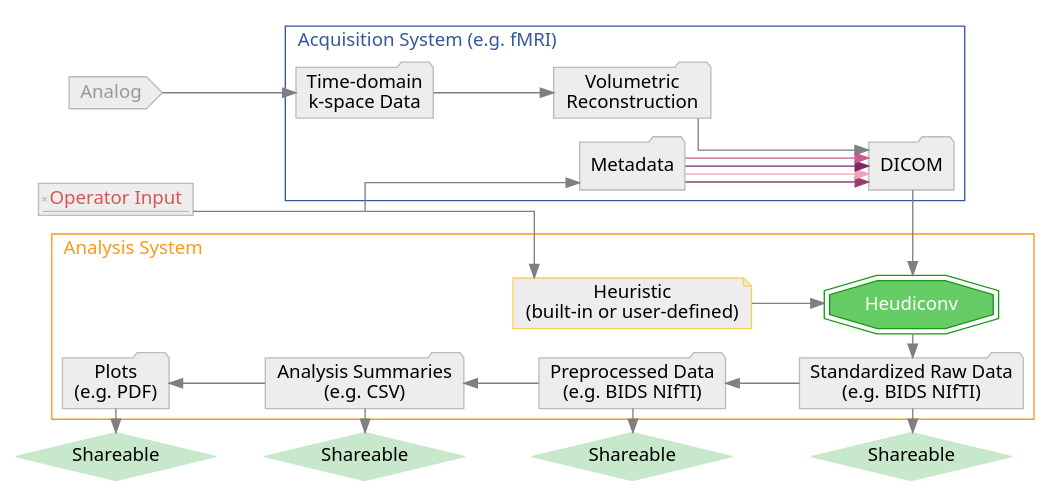
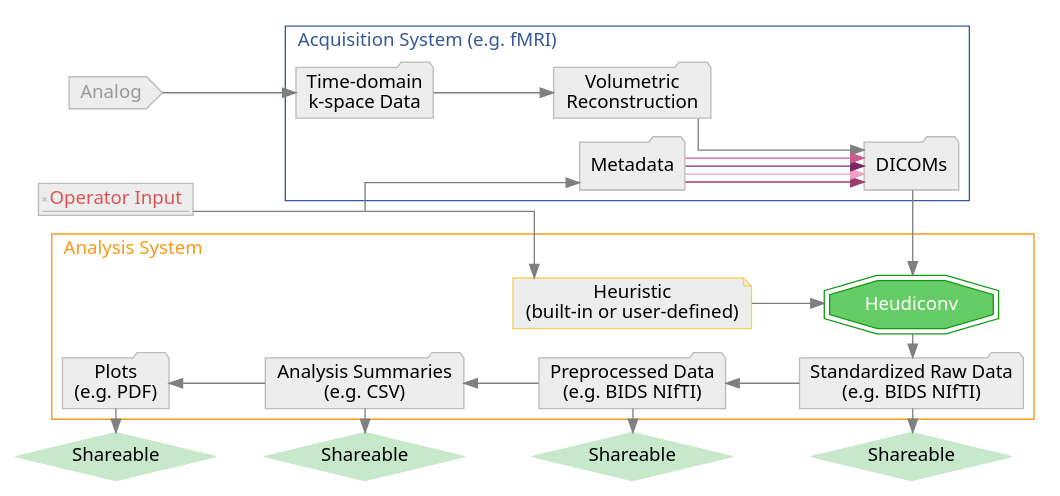
One commit to nipy/heudiconv changed the diagram in data/environment.dot. Above: the diagram before and after it, drawn with Graphviz. The commit also changed 4 other files, not shown here.

Commit message:
New figure style and PNG outputs as per yarik

```diff
--- a/data/environment.dot
+++ b/data/environment.dot
@@ -1,98 +1,98 @@
 digraph graphname {
     newrank = true;
     size="26,10";
     rankdir="LR";
     splines=ortho;
     graph [fontname = "sans"];
     node [fontname = "sans", style=filled];
     edge [fontname = "sans", color=gray50];
     raw_share[
         label="Shareable",
         shape=diamond, color="#C7E8CA", fillcolor="#C7E8CA"
         ];
     pre_share[
         label="Shareable",
         shape=diamond, color="#C7E8CA", fillcolor="#C7E8CA"
         ];
     ana_share[
         label="Shareable",
         shape=diamond, color="#C7E8CA", fillcolor="#C7E8CA"
         ];
     plo_share[
         label="Shareable",
         shape=diamond, color="#C7E8CA", fillcolor="#C7E8CA"
         ];
     a[label="Analog  ", shape=cds, color="#BBBBBB", fillcolor=grey93, fontcolor="#999998"];
     tim[label="Time-domain\nk-space Data", shape=folder, color="#BBBBBB", fillcolor=grey93];
     vol[label="Volumetric\nReconstruction", shape=folder, color="#BBBBBB", fillcolor=grey93];
     dic[
-        label="DICOM",
+        label="DICOMs",
         shape=folder, color="#BBBBBB", fillcolor=grey93
         ];
     heh[
         label="Heuristic\n(built-in or user-defined)",
         shape=note, color="#F7D060", fillcolor=grey93
         ];
     heu[
         label="Heudiconv",
         shape=doubleoctagon, color="#119911", fillcolor="#66CC66", fontcolor="#FFFFFF"
         ];
     raw[
         label="Standardized Raw Data\n(e.g. BIDS NIfTI)",
         shape=folder, color="#BBBBBB", fillcolor=grey93
         ];
     pre[
         label="Preprocessed Data\n(e.g. BIDS NIfTI)",
         shape=folder, color="#BBBBBB", fillcolor=grey93
         ];
     ana[
         label="Analysis Summaries\n(e.g. CSV)",
         shape=folder, color="#BBBBBB", fillcolor=grey93
         ];
     plo[
         label="Plots\n(e.g. PDF)",
         shape=folder, color="#BBBBBB", fillcolor=grey93
         ];
     mai[label="Operator Input", shape=signature, color="#BBBBBB", fillcolor=grey93, fontcolor="#DD5353"];
     met[label="Metadata", shape=folder, color="#BBBBBB", fillcolor=grey93];
     fake[label="", shape=point, style=invis, width=0, height=0];
     mai -> fake:e[arrowhead=none];
     fake:s -> met[tailclip=false];
     fake:w -> heh[tailclip=false];
     a -> tim;
     subgraph cluster1 {
         tim -> vol;
         label = "Acquisition System (e.g. fMRI)";
         labelloc = "t";
         labeljust = "l";
         fontcolor = "#35589A";
         color = "#35589A";
         met -> dic [color="#9D3C72"];
         met -> dic [color="#F0A0BA"];
         met -> dic [color="#7B2869"];
         met -> dic [color="#C85C8E"];
         vol -> dic;
     }
     dic -> heu [constraint=false] ;
     subgraph cluster2 {
         heh -> heu ;
         heu -> raw ;
         raw -> pre ;
         pre -> ana ;
         ana -> plo ;
         label = "Analysis System";
         labelloc = "t";
         labeljust = "l";
         fontcolor = "#FC9918";
         color = "#FC9918";
     }
     raw:s -> raw_share:n[constraint=false];
     pre:s -> pre_share:n[constraint=false];
     ana:s -> ana_share:n[constraint=false];
     plo:s -> plo_share:n[constraint=false];
     {rank=same; plo; plo_share; mai; a}
     {rank=same; met; vol}
     {rank=same; dic; raw; raw_share; heu}
     {rank=same; pre; pre_share; vol}
     {rank=same; ana; ana_share; tim}
 }
```
